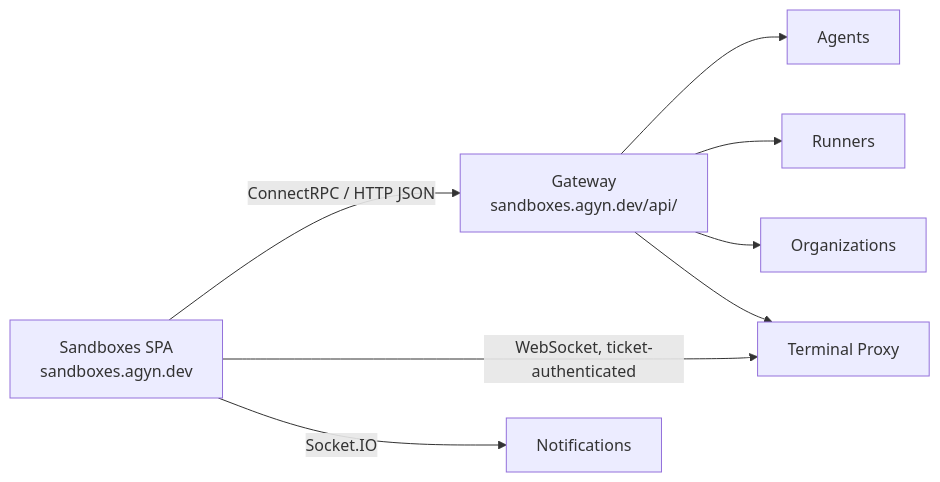
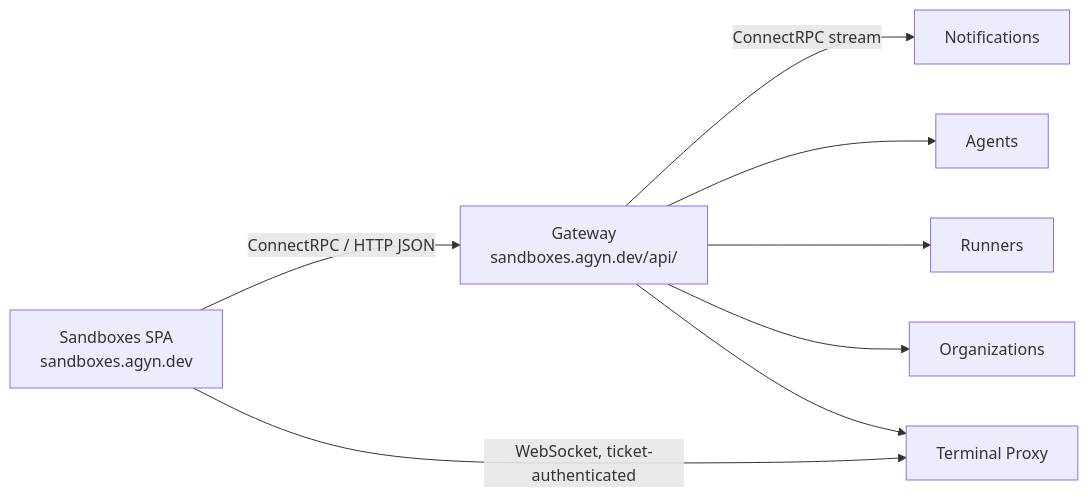
The diagram in architecture/sandboxes-app.md (agynio/architecture), drawn with Mermaid before and after one commit. The commit also changed other lines of this file and 6 other files, not shown here.

````diff
--- a/architecture/sandboxes-app.md
+++ b/architecture/sandboxes-app.md
@@ -13,18 +13,18 @@
 ```mermaid
 graph LR
     App[Sandboxes SPA<br/>sandboxes.agyn.dev]
     Gateway[Gateway<br/>sandboxes.agyn.dev/api/]
     TP[Terminal Proxy]
     Notif[Notifications]
     Agents[Agents]
     Runners[Runners]
     Orgs[Organizations]
 
     App -->|ConnectRPC / HTTP JSON| Gateway
     App -->|WebSocket, ticket-authenticated| TP
-    App -->|Socket.IO| Notif
+    Gateway -->|ConnectRPC stream| Notif
     Gateway --> Agents
     Gateway --> Runners
     Gateway --> Orgs
     Gateway --> TP
 ```
````
